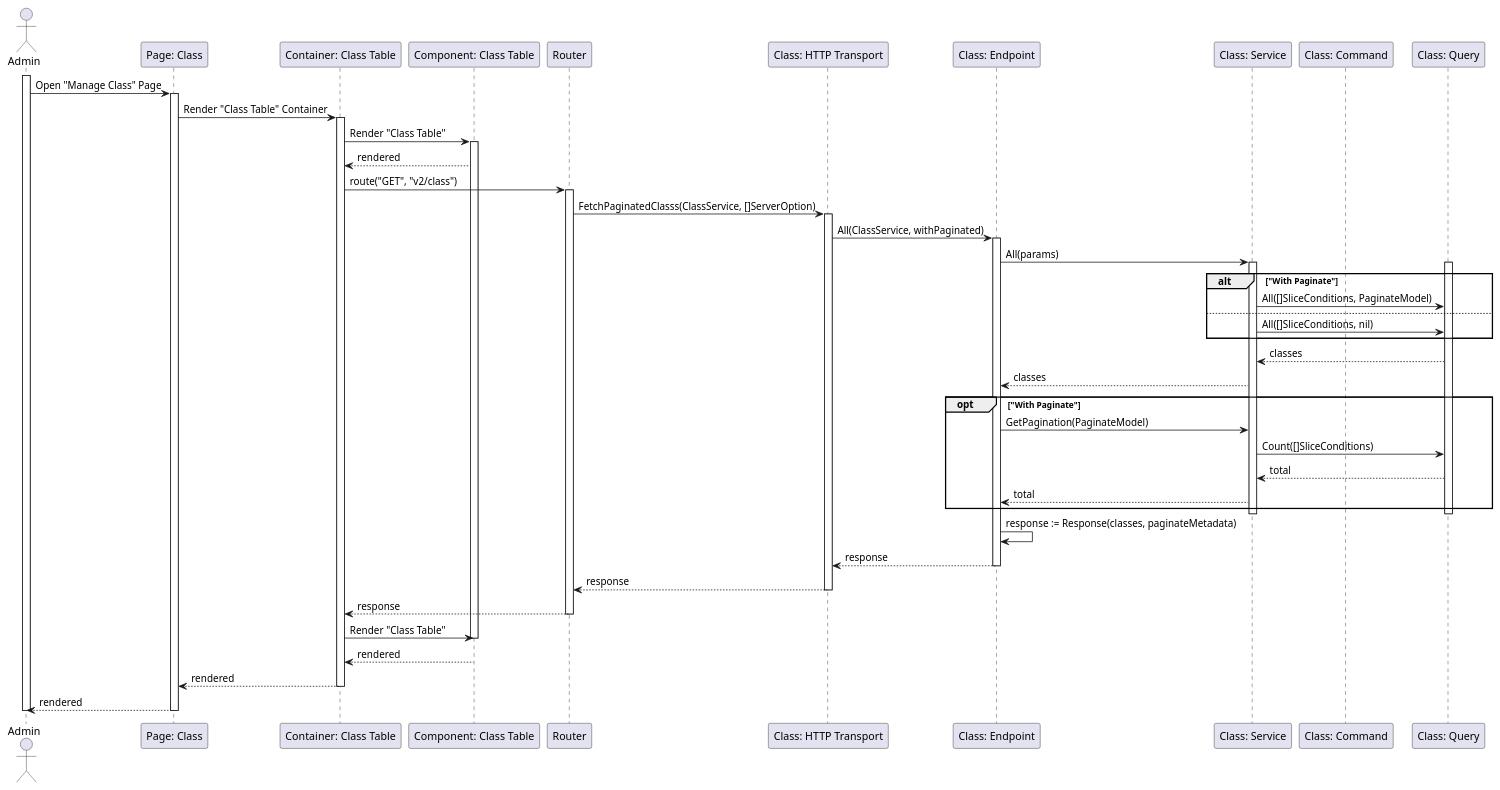
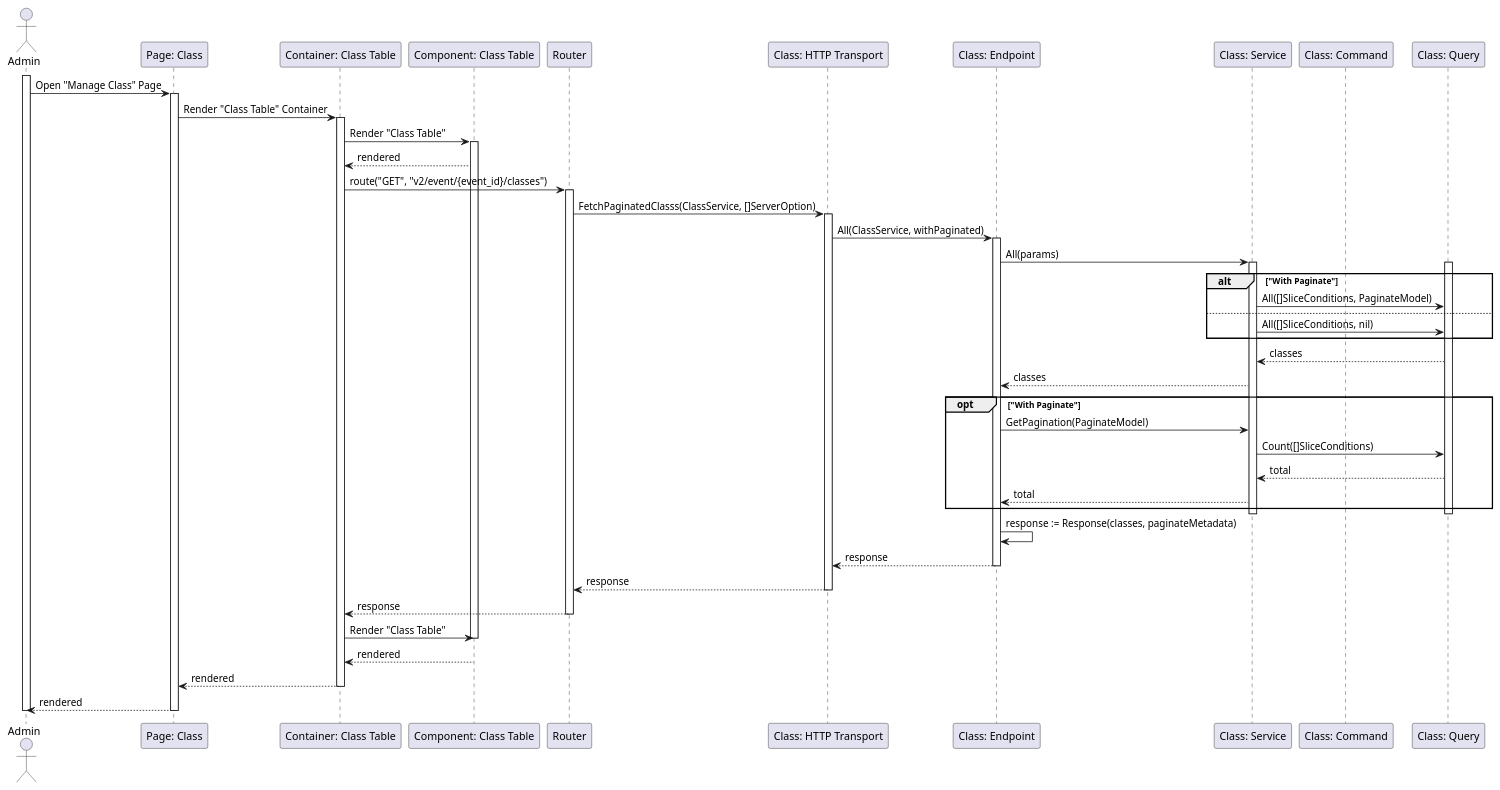
The diagram in Sequance/Release01/GetClass_Admin.wsd (fwidjaya20/fazzlearning-uml), drawn with PlantUML before and after one commit. The commit also changed 7 other files, not shown here.

Commit message:
sequence: updating invalid route

```diff
--- a/Sequance/Release01/GetClass_Admin.wsd
+++ b/Sequance/Release01/GetClass_Admin.wsd
@@ -1,67 +1,67 @@
 @startuml GetClass_Admin
 
 actor Admin
 participant "Page: Class" as ClassPage
 participant "Container: Class Table" as ClassTableContainer
 participant "Component: Class Table" as ClassTable
 participant "Router" as Router
 participant "Class: HTTP Transport" as ClassHTTPTransport
 participant "Class: Endpoint" as ClassEndpoint
 participant "Class: Service" as ClassService
 participant "Class: Command" as ClassCommand
 participant "Class: Query" as ClassQuery
 
 activate Admin
 
 Admin->ClassPage: Open "Manage Class" Page
 activate ClassPage
 ClassPage->ClassTableContainer: Render "Class Table" Container
 activate ClassTableContainer
 ClassTableContainer->ClassTable: Render "Class Table"
 activate ClassTable
 ClassTable-->ClassTableContainer: rendered
-ClassTableContainer->Router: route("GET", "v2/class")
+ClassTableContainer->Router: route("GET", "v2/event/{event_id}/classes")
 activate Router
 Router->ClassHTTPTransport: FetchPaginatedClasss(ClassService, []ServerOption)
 activate ClassHTTPTransport
 ClassHTTPTransport->ClassEndpoint: All(ClassService, withPaginated)
 activate ClassEndpoint
 ClassEndpoint->ClassService: All(params)
 
 activate ClassService
 activate ClassQuery
 alt "With Paginate"
     ClassService->ClassQuery: All([]SliceConditions, PaginateModel)
 else
     ClassService->ClassQuery: All([]SliceConditions, nil)
 end
 ClassQuery-->ClassService: classes
 ClassService-->ClassEndpoint: classes
 
 opt "With Paginate"
     ClassEndpoint->ClassService: GetPagination(PaginateModel)
     ClassService->ClassQuery: Count([]SliceConditions)
     ClassQuery-->ClassService: total
     ClassService-->ClassEndpoint: total
 end
 deactivate ClassQuery
 deactivate ClassService
 
 ClassEndpoint->ClassEndpoint: response := Response(classes, paginateMetadata)
 ClassEndpoint-->ClassHTTPTransport: response
 deactivate ClassEndpoint
 ClassHTTPTransport-->Router: response
 deactivate ClassHTTPTransport
 Router-->ClassTableContainer: response
 deactivate Router
 ClassTableContainer->ClassTable: Render "Class Table"
 deactivate ClassTable
 ClassTable-->ClassTableContainer: rendered
 ClassTableContainer-->ClassPage: rendered
 deactivate ClassTableContainer
 ClassPage-->Admin: rendered
 deactivate ClassPage
 
 deactivate Admin
 
 @enduml
```
